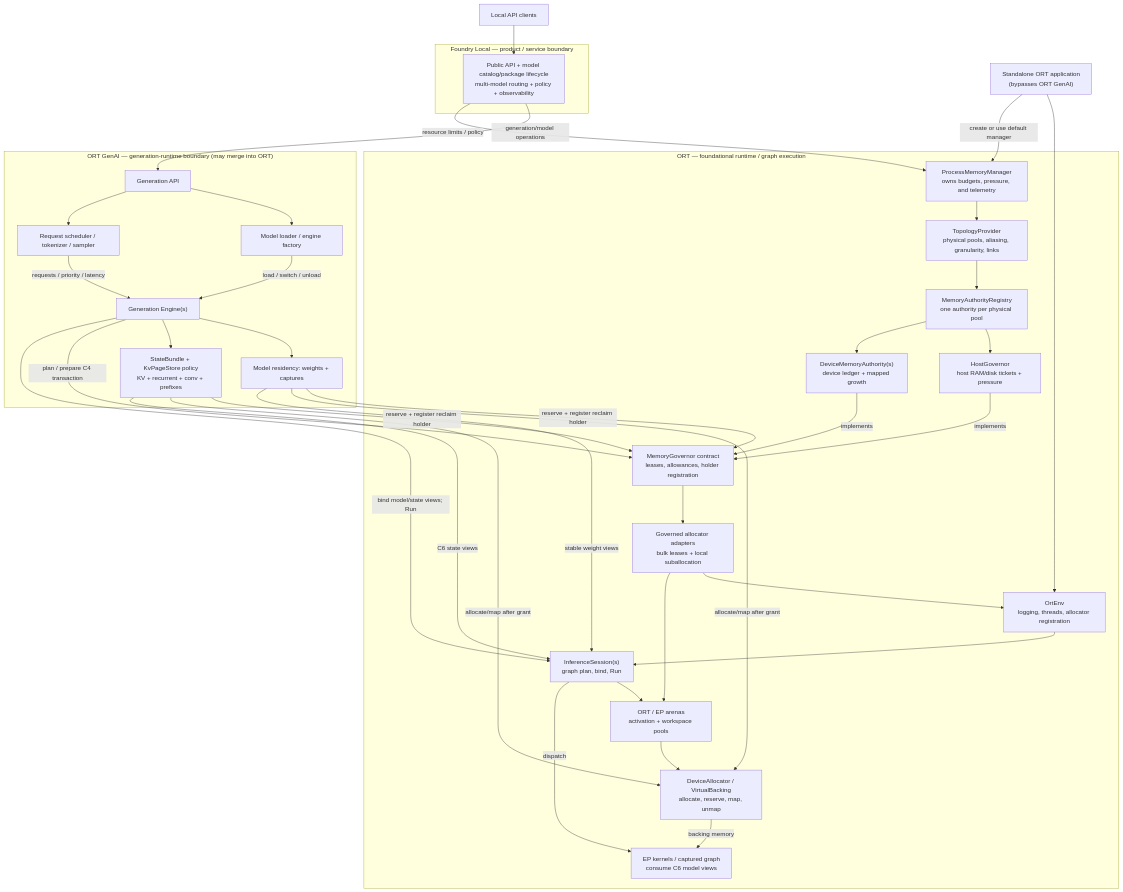
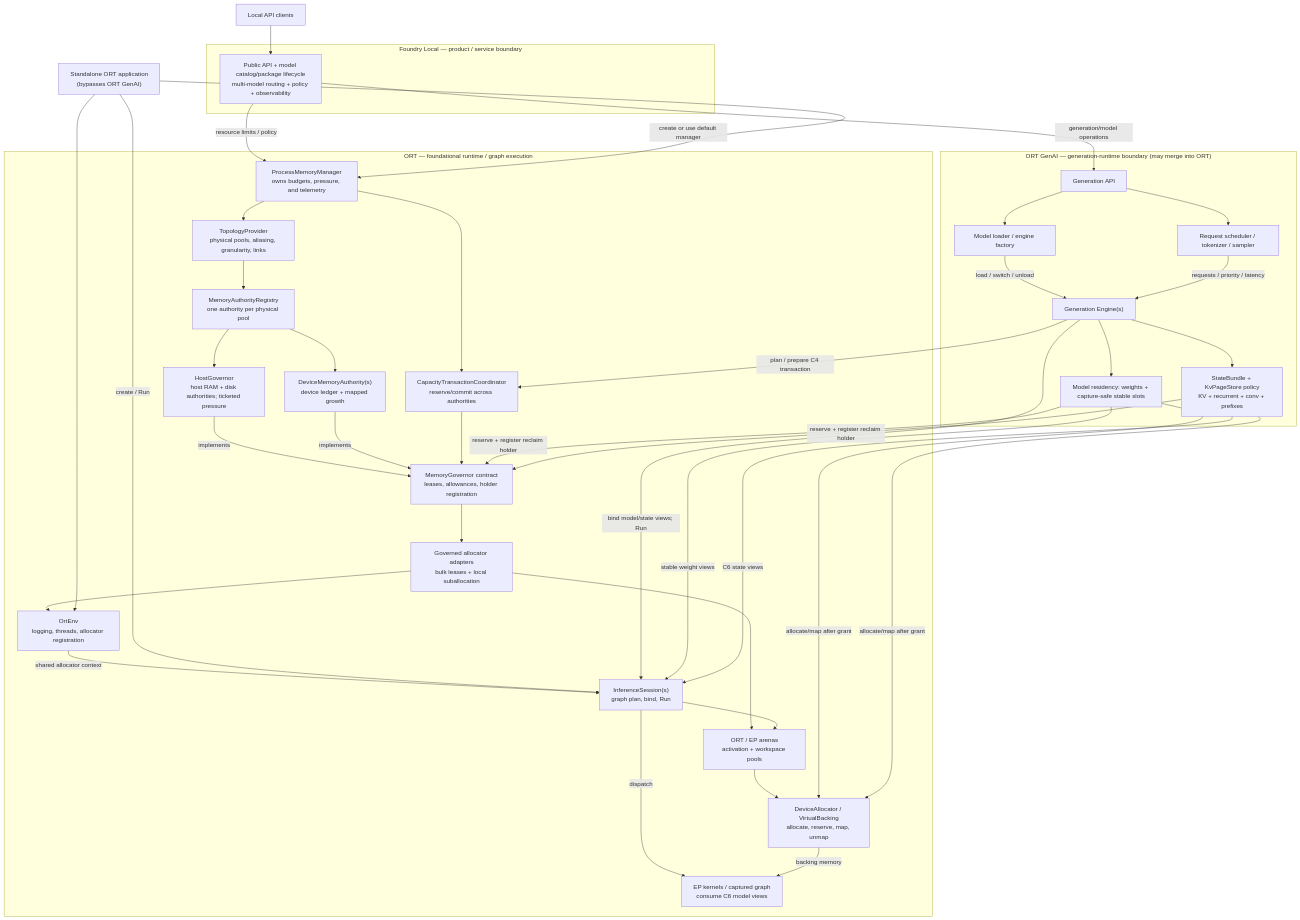
One commit to justinchuby/onnx-genai changed the first of 2 diagrams in docs/MEMORY_MANAGEMENT_MODEL_DESIGN.md. Above: the diagram before and after it, drawn with Mermaid. The commit also changed other lines of this file, not shown here.

Commit message:
docs: harden memory governance design

````diff
--- a/docs/MEMORY_MANAGEMENT_MODEL_DESIGN.md
+++ b/docs/MEMORY_MANAGEMENT_MODEL_DESIGN.md
@@ -56,66 +61,70 @@
 ```mermaid
 flowchart TD
     Client["Local API clients"] --> Foundry
     Standalone["Standalone ORT application<br/>(bypasses ORT GenAI)"]
 
     subgraph Product["Foundry Local — product / service boundary"]
         Foundry["Public API + model catalog/package lifecycle<br/>multi-model routing + policy + observability"]
     end
 
     subgraph Generation["ORT GenAI — generation-runtime boundary (may merge into ORT)"]
         GenApi["Generation API"]
         ModelRuntime["Model loader / engine factory"]
         RequestRuntime["Request scheduler / tokenizer / sampler"]
         Engine["Generation Engine(s)"]
-        Weights["Model residency: weights + captures"]
+        Weights["Model residency: weights + capture-safe stable slots"]
         State["StateBundle + KvPageStore policy<br/>KV + recurrent + conv + prefixes"]
         GenApi --> ModelRuntime
         GenApi --> RequestRuntime
         ModelRuntime -->|"load / switch / unload"| Engine
         RequestRuntime -->|"requests / priority / latency"| Engine
         Engine --> Weights
         Engine --> State
     end
 
     subgraph ORTCore["ORT — foundational runtime / graph execution"]
         Memory["ProcessMemoryManager<br/>owns budgets, pressure, and telemetry"]
         Topology["TopologyProvider<br/>physical pools, aliasing, granularity, links"]
         Registry["MemoryAuthorityRegistry<br/>one authority per physical pool"]
-        Host["HostGovernor<br/>host RAM/disk tickets + pressure"]
+        Host["HostGovernor<br/>host RAM + disk authorities; ticketed pressure"]
         Device["DeviceMemoryAuthority(s)<br/>device ledger + mapped growth"]
         LeaseAPI["MemoryGovernor contract<br/>leases, allowances, holder registration"]
+        Txn["CapacityTransactionCoordinator<br/>reserve/commit across authorities"]
         Adapters["Governed allocator adapters<br/>bulk leases + local suballocation"]
         Env["OrtEnv<br/>logging, threads, allocator registration"]
         Session["InferenceSession(s)<br/>graph plan, bind, Run"]
         Arenas["ORT / EP arenas<br/>activation + workspace pools"]
         Allocators["DeviceAllocator / VirtualBacking<br/>allocate, reserve, map, unmap"]
         Kernels["EP kernels / captured graph<br/>consume C6 model views"]
         Memory --> Topology
         Topology --> Registry
         Registry --> Host
         Registry --> Device
         Host -->|"implements"| LeaseAPI
         Device -->|"implements"| LeaseAPI
+        Memory --> Txn
+        Txn --> LeaseAPI
         LeaseAPI --> Adapters
         Adapters --> Env
-        Env --> Session
+        Env -->|"shared allocator context"| Session
         Adapters --> Arenas
         Session --> Arenas
         Arenas --> Allocators
         Session -->|"dispatch"| Kernels
         Allocators -->|"backing memory"| Kernels
     end
 
     Foundry -->|"generation/model operations"| GenApi
     Foundry -->|"resource limits / policy"| Memory
     Standalone --> Env
     Standalone -->|"create or use default manager"| Memory
-    Engine -->|"plan / prepare C4 transaction"| LeaseAPI
+    Standalone -->|"create / Run"| Session
+    Engine -->|"plan / prepare C4 transaction"| Txn
     Weights -->|"reserve + register reclaim holder"| LeaseAPI
     State -->|"reserve + register reclaim holder"| LeaseAPI
     Weights -->|"allocate/map after grant"| Allocators
     State -->|"allocate/map after grant"| Allocators
     Engine -->|"bind model/state views; Run"| Session
     Weights -->|"stable weight views"| Session
     State -->|"C6 state views"| Session
 ```
````
